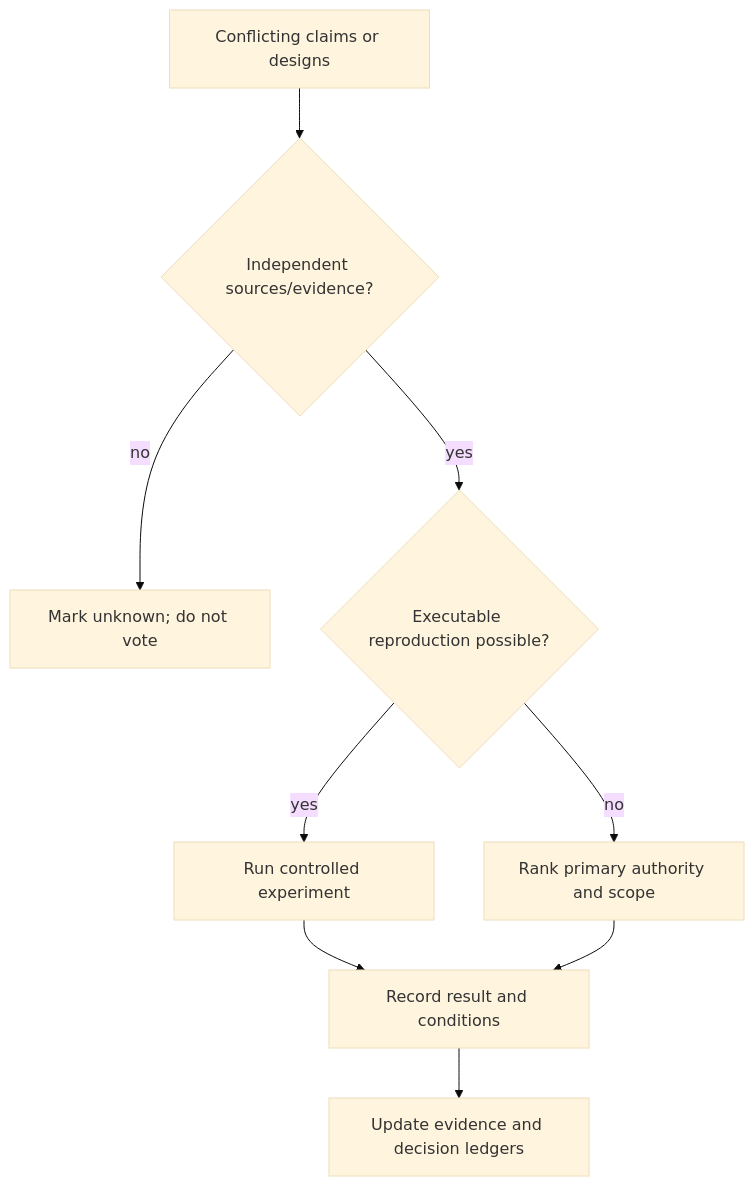
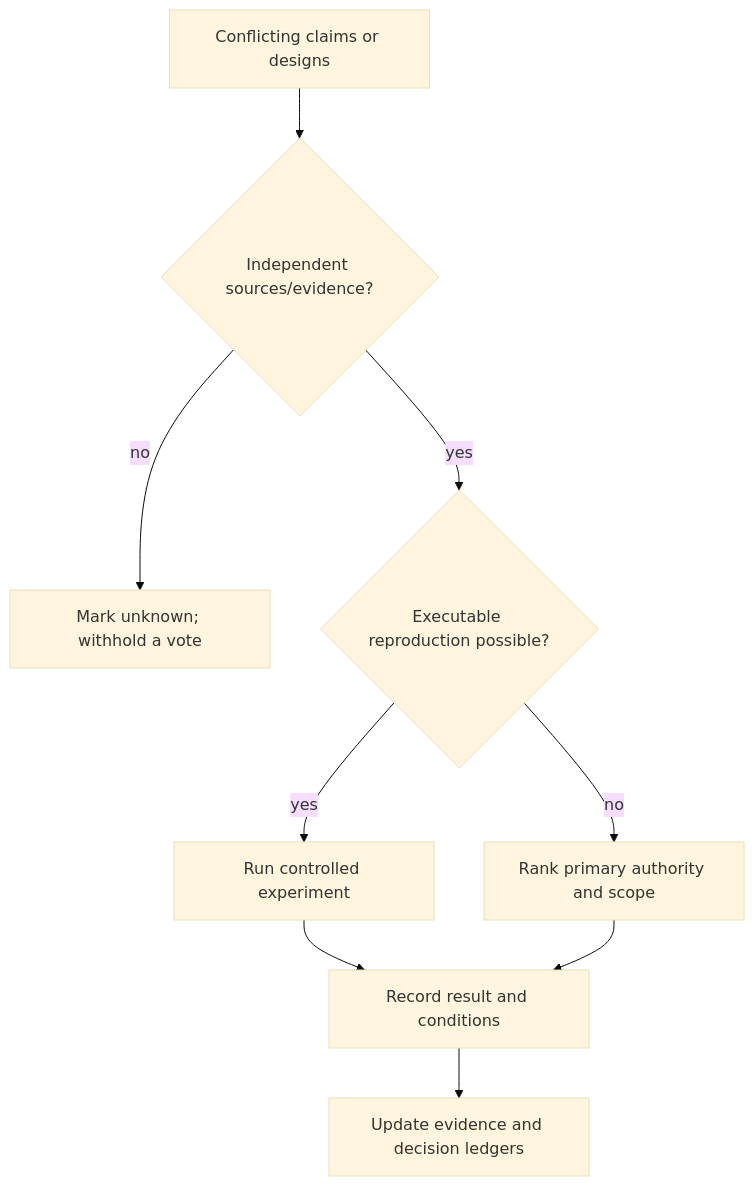
Diagram 19 of 19 in skills/architecture-boundaries/references/design-05-flowgraphs.md (xsyetopz/.agents), drawn with Mermaid (base theme) before and after one commit. The commit also changed other lines of this file and 21 other files, not shown here.

Commit message:
docs(architecture): clarify boundaries with examples

````diff
--- a/skills/architecture-boundaries/references/design-05-flowgraphs.md
+++ b/skills/architecture-boundaries/references/design-05-flowgraphs.md
@@ -393,11 +393,11 @@
 ```mermaid
 flowchart TD
     CLAIMS["Conflicting claims or designs"] --> SRC{"Independent sources/evidence?"}
-    SRC -->|no| UNKNOWN["Mark unknown; do not vote"]
+    SRC -->|no| UNKNOWN["Mark unknown; withhold a vote"]
     SRC -->|yes| REPRO{"Executable reproduction possible?"}
     REPRO -->|yes| TEST["Run controlled experiment"]
     REPRO -->|no| AUTH["Rank primary authority and scope"]
     TEST --> RESULT["Record result and conditions"]
     AUTH --> RESULT
     RESULT --> LEDGER["Update evidence and decision ledgers"]
 ```
````
